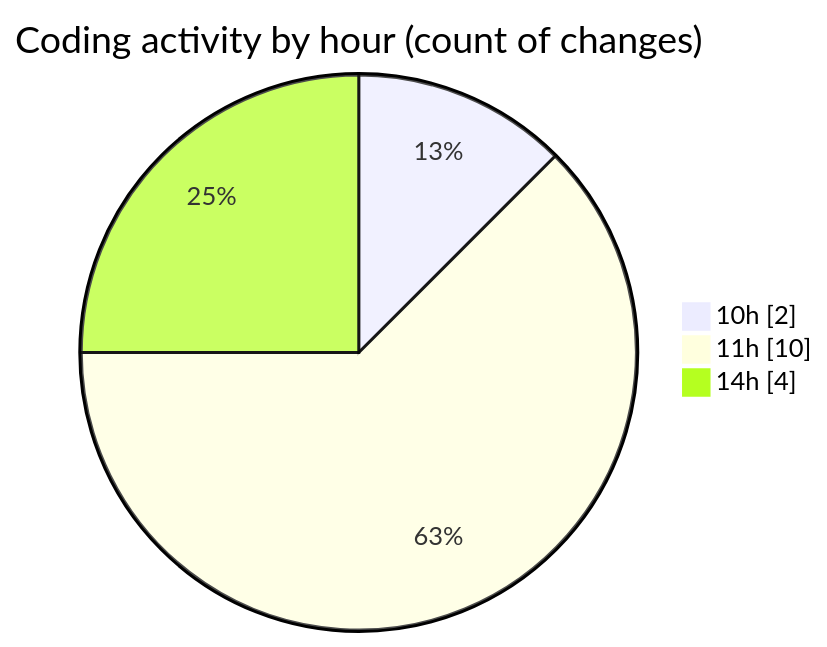
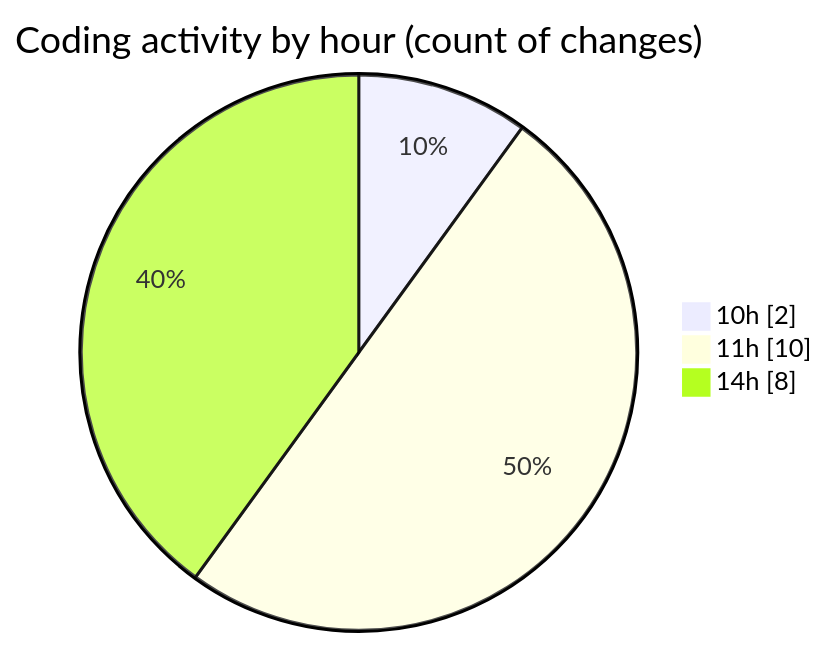
Before and after one commit to idhammustaqopulfikri/code-tracking: the second of 2 diagrams in 2025-06-02/studio-backend/README.md, drawn with Mermaid. The commit also changed other lines of this file and 1 other file, not shown here.

````diff
--- a/2025-06-02/studio-backend/README.md
+++ b/2025-06-02/studio-backend/README.md
@@ -36,7 +36,7 @@
 ```mermaid
 pie showData
 title Coding activity by hour (count of changes)
 "10h" : 2
 "11h" : 10
-"14h" : 4
+"14h" : 8
 ```
````
